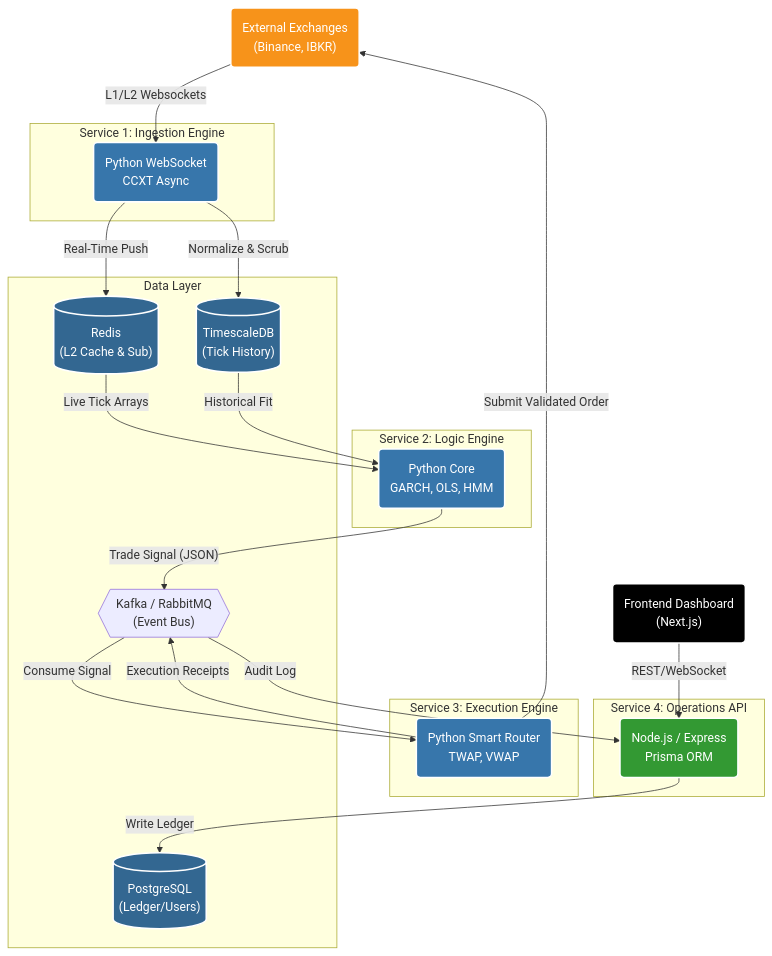
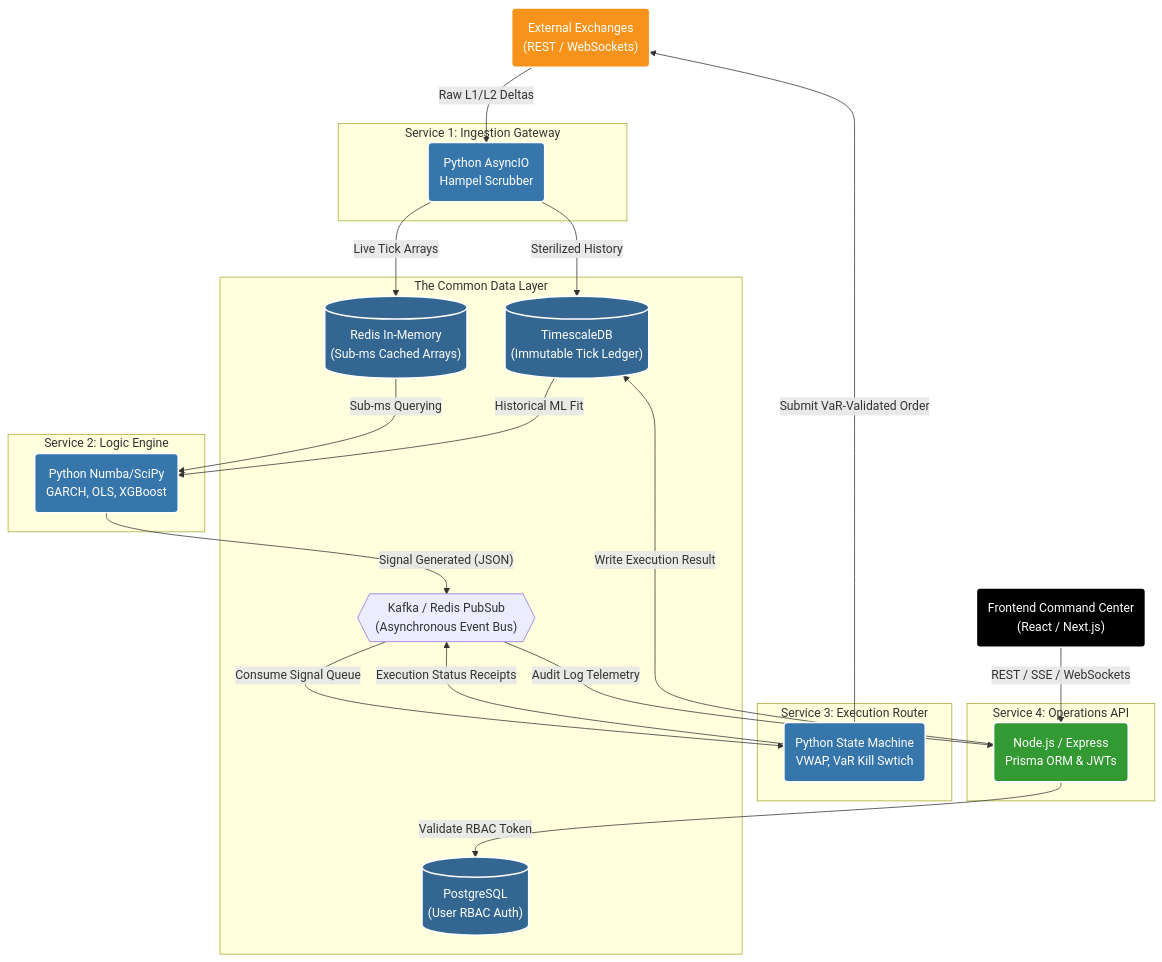
One commit to racoya/stockstats changed the diagram in docs/strategy/08_backend_architecture.md. Above: the diagram before and after it, drawn with Mermaid. The commit also changed other lines of this file, not shown here.

Commit message:
docs(strategy): rewrite microservices and kafka backend blueprint
- Explicitly defined the 4 isolated microservices (Ingest, Math, Exec, API)
- Re-architected the Mermaid Node/Python logic flow to include Kafka and Redis Pub/Sub event buses
- Integrated Postgres RBAC security and Numba compilation nodes into the operational architecture

````diff
--- a/docs/strategy/08_backend_architecture.md
+++ b/docs/strategy/08_backend_architecture.md
@@ -27,50 +29,51 @@
 ```mermaid
 graph TD
     classDef Python fill:#3776AB,stroke:#fff,stroke-width:2px,color:#fff;
     classDef Node fill:#339933,stroke:#fff,stroke-width:2px,color:#fff;
     classDef DB fill:#336791,stroke:#fff,stroke-width:2px,color:#fff;
     classDef External fill:#F7931A,stroke:#fff,stroke-width:2px,color:#fff;
     classDef Frontend fill:#000000,stroke:#fff,stroke-width:2px,color:#fff;
 
-    Exchanges("External Exchanges\n(Binance, IBKR)"):::External
-    UI("Frontend Dashboard\n(Next.js)"):::Frontend
+    Exchanges("External Exchanges\n(REST / WebSockets)"):::External
+    UI("Frontend Command Center\n(React / Next.js)"):::Frontend
 
-    subgraph Service 1: Ingestion Engine
-        Ingest("Python WebSocket\nCCXT Async"):::Python
+    subgraph Service 1: Ingestion Gateway
+        Ingest("Python AsyncIO\nHampel Scrubber"):::Python
     end
 
     subgraph Service 2: Logic Engine
-        Math("Python Core\nGARCH, OLS, HMM"):::Python
+        Math("Python Numba/SciPy\nGARCH, OLS, XGBoost"):::Python
     end
 
-    subgraph Service 3: Execution Engine
-        Exec("Python Smart Router\nTWAP, VWAP"):::Python
+    subgraph Service 3: Execution Router
+        Exec("Python State Machine\nVWAP, VaR Kill Swtich"):::Python
     end
 
     subgraph Service 4: Operations API
-        API("Node.js / Express\nPrisma ORM"):::Node
+        API("Node.js / Express\nPrisma ORM & JWTs"):::Node
     end
 
-    subgraph Data Layer
-        TSDB[("TimescaleDB\n(Tick History)")]:::DB
-        PG[("PostgreSQL\n(Ledger/Users)")]:::DB
-        Redis[("Redis\n(L2 Cache & Sub)")]:::DB
-        Kafka{{"Kafka / RabbitMQ\n(Event Bus)"}}
+    subgraph The Common Data Layer
+        TSDB[("TimescaleDB\n(Immutable Tick Ledger)")]:::DB
+        PG[("PostgreSQL\n(User RBAC Auth)")]:::DB
+        Redis[("Redis In-Memory\n(Sub-ms Cached Arrays)")]:::DB
+        Kafka{{"Kafka / Redis PubSub\n(Asynchronous Event Bus)"}}
     end
 
-    Exchanges -- "L1/L2 Websockets" --> Ingest
-    Ingest -- "Normalize & Scrub" --> TSDB
-    Ingest -- "Real-Time Push" --> Redis
+    Exchanges -- "Raw L1/L2 Deltas" --> Ingest
+    Ingest -- "Sterilized History" --> TSDB
+    Ingest -- "Live Tick Arrays" --> Redis
     
-    Redis -- "Live Tick Arrays" --> Math
-    TSDB -- "Historical Fit" --> Math
-    Math -- "Trade Signal (JSON)" --> Kafka
+    Redis -- "Sub-ms Querying" --> Math
+    TSDB -- "Historical ML Fit" --> Math
+    Math -- "Signal Generated (JSON)" --> Kafka
     
-    Kafka -- "Consume Signal" --> Exec
-    Exec -- "Submit Validated Order" --> Exchanges
-    Exec -- "Execution Receipts" --> Kafka
+    Kafka -- "Consume Signal Queue" --> Exec
+    Exec -- "Submit VaR-Validated Order" --> Exchanges
+    Exec -- "Execution Status Receipts" --> Kafka
     
-    Kafka -- "Audit Log" --> API
-    API -- "Write Ledger" --> PG
-    UI -- "REST/WebSocket" --> API
+    Kafka -- "Audit Log Telemetry" --> API
+    API -- "Write Execution Result" --> TSDB
+    API -- "Validate RBAC Token" --> PG
+    UI -- "REST / SSE / WebSockets" --> API
 ```
````
